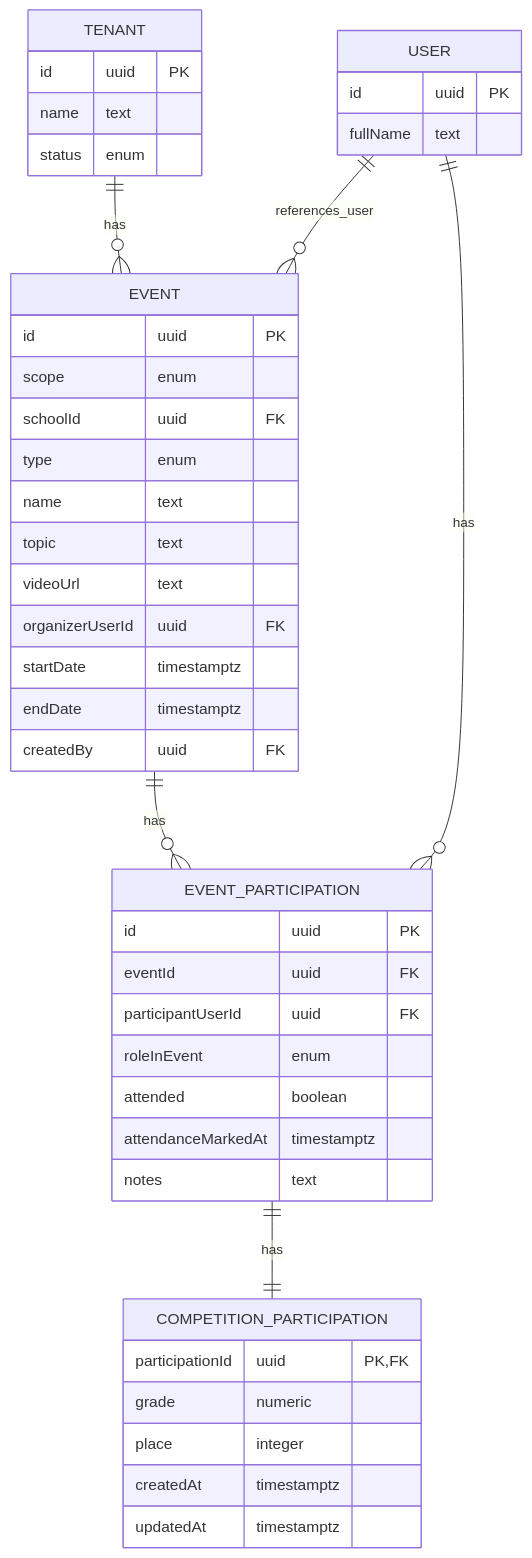
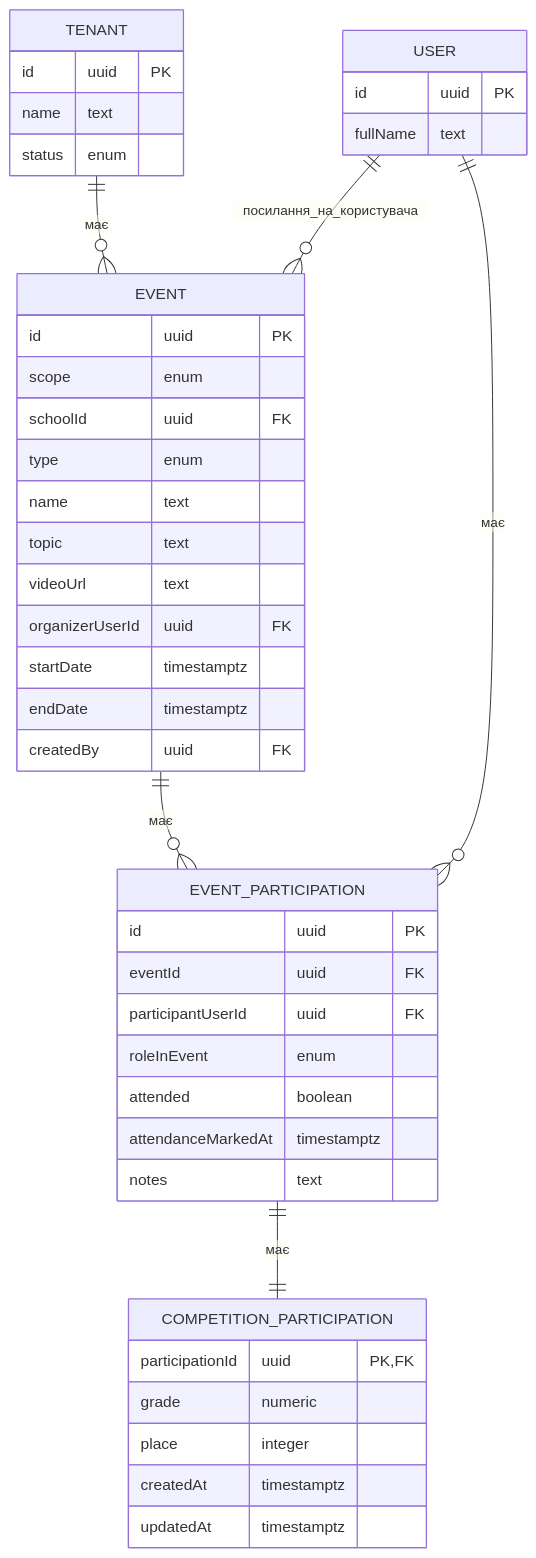
One commit to KaterynaKocheharova/Multi-tenant-architecture changed the third of 4 diagrams in architecture-homework/diagrams/erd.md. Above: the diagram before and after it, drawn with Mermaid. The commit also changed other lines of this file, not shown here.

Commit message:
translate erd.md

````diff
--- a/architecture-homework/diagrams/erd.md
+++ b/architecture-homework/diagrams/erd.md
@@ -223,52 +223,52 @@
 ```mermaid
 erDiagram
     direction TB
     TENANT {
         id uuid PK
         name text
         status enum
     }
 
     USER {
         id uuid PK
         fullName text
     }
 
     EVENT {
         id uuid PK
         scope enum
         schoolId uuid FK
         type enum
         name text
         topic text
         videoUrl text
         organizerUserId uuid FK
         startDate timestamptz
         endDate timestamptz
         createdBy uuid FK
     }
 
     EVENT_PARTICIPATION {
         id uuid PK
         eventId uuid FK
         participantUserId uuid FK
         roleInEvent enum
         attended boolean
         attendanceMarkedAt timestamptz
         notes text
     }
 
     COMPETITION_PARTICIPATION {
         participationId uuid PK, FK
         grade numeric
         place integer
         createdAt timestamptz
         updatedAt timestamptz
     }
 
-    TENANT ||--o{ EVENT : has
-    USER ||--o{ EVENT : references_user
-    EVENT ||--o{ EVENT_PARTICIPATION : has
-    USER ||--o{ EVENT_PARTICIPATION : has
-    EVENT_PARTICIPATION ||--|| COMPETITION_PARTICIPATION : has
+    TENANT ||--o{ EVENT : має
+    USER ||--o{ EVENT : посилання_на_користувача
+    EVENT ||--o{ EVENT_PARTICIPATION : має
+    USER ||--o{ EVENT_PARTICIPATION : має
+    EVENT_PARTICIPATION ||--|| COMPETITION_PARTICIPATION : має
 ```
````
